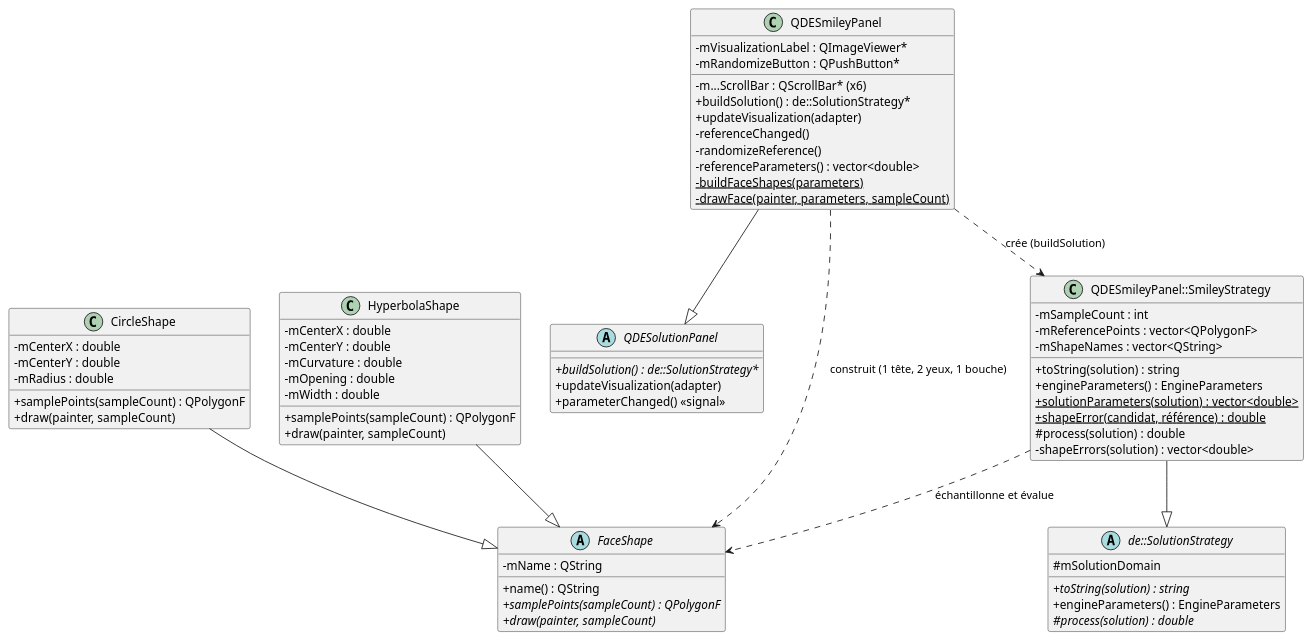
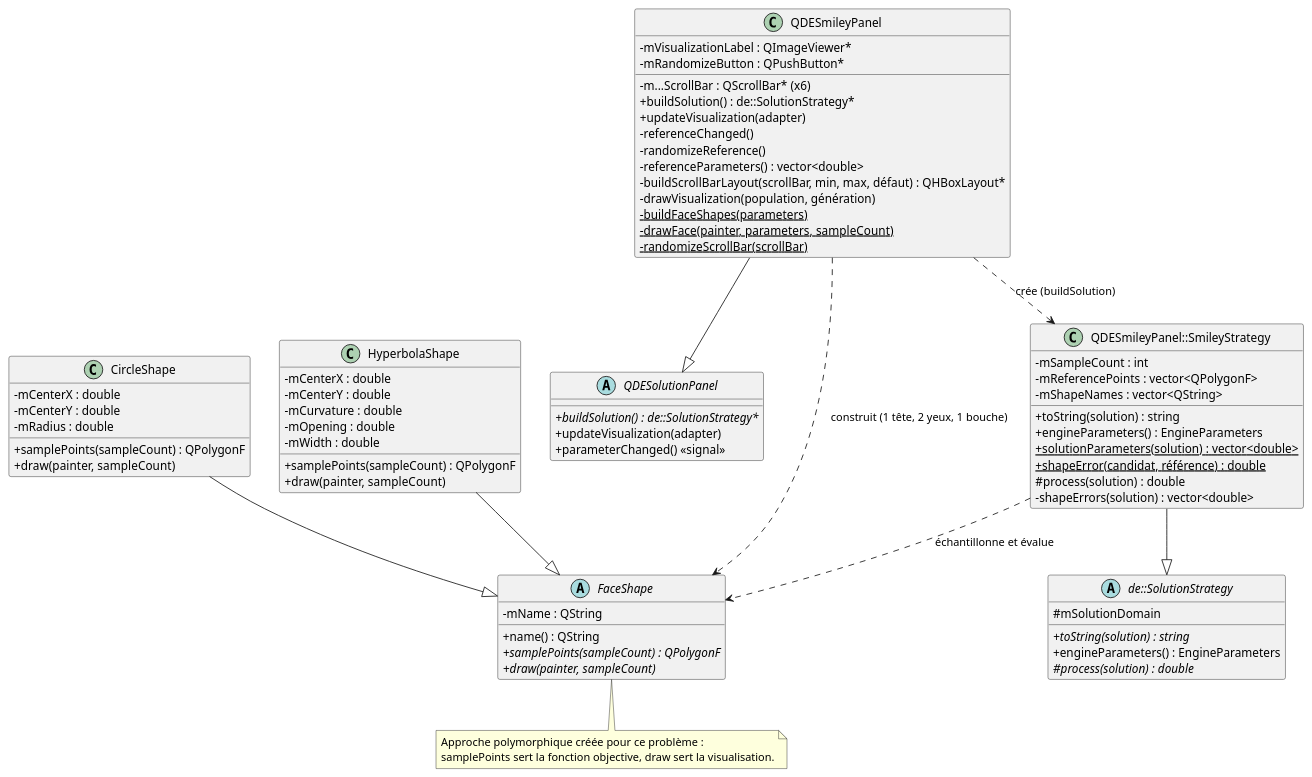
The third of 3 diagrams in rapport.md (ahsadek/GPA434-LAB03), drawn with PlantUML before and after one commit. The commit also changed other lines of this file and 1 other file, not shown here.

````diff
--- a/rapport.md
+++ b/rapport.md
@@ -293,77 +252,82 @@
 ```plantuml
 @startuml
 skinparam classAttributeIconSize 0
 
 abstract class "de::SolutionStrategy" as SolutionStrategy {
   #mSolutionDomain
   +{abstract} toString(solution) : string
   +engineParameters() : EngineParameters
   #{abstract} process(solution) : double
 }
 
 abstract class QDESolutionPanel {
   +{abstract} buildSolution() : de::SolutionStrategy*
   +updateVisualization(adapter)
   +parameterChanged() <<signal>>
 }
 
 abstract class FaceShape {
   -mName : QString
   +name() : QString
   +{abstract} samplePoints(sampleCount) : QPolygonF
   +{abstract} draw(painter, sampleCount)
 }
 
 class CircleShape {
   -mCenterX : double
   -mCenterY : double
   -mRadius : double
   +samplePoints(sampleCount) : QPolygonF
   +draw(painter, sampleCount)
 }
 
 class HyperbolaShape {
   -mCenterX : double
   -mCenterY : double
   -mCurvature : double
   -mOpening : double
   -mWidth : double
   +samplePoints(sampleCount) : QPolygonF
   +draw(painter, sampleCount)
 }
 
 class QDESmileyPanel {
   -mVisualizationLabel : QImageViewer*
   -m...ScrollBar : QScrollBar* (x6)
   -mRandomizeButton : QPushButton*
   +buildSolution() : de::SolutionStrategy*
   +updateVisualization(adapter)
   -referenceChanged()
   -randomizeReference()
   -referenceParameters() : vector<double>
+  -buildScrollBarLayout(scrollBar, min, max, défaut) : QHBoxLayout*
+  -drawVisualization(population, génération)
   -{static} buildFaceShapes(parameters)
   -{static} drawFace(painter, parameters, sampleCount)
+  -{static} randomizeScrollBar(scrollBar)
 }
 
 class "QDESmileyPanel::SmileyStrategy" as SmileyStrategy {
   -mSampleCount : int
   -mReferencePoints : vector<QPolygonF>
   -mShapeNames : vector<QString>
   +toString(solution) : string
   +engineParameters() : EngineParameters
   +{static} solutionParameters(solution) : vector<double>
   +{static} shapeError(candidat, référence) : double
   #process(solution) : double
   -shapeErrors(solution) : vector<double>
 }
 
 QDESmileyPanel --|> QDESolutionPanel
 SmileyStrategy --|> SolutionStrategy
 CircleShape --|> FaceShape
 HyperbolaShape --|> FaceShape
 
 QDESmileyPanel ..> SmileyStrategy : crée (buildSolution)
 QDESmileyPanel ..> FaceShape : construit (1 tête, 2 yeux, 1 bouche)
 SmileyStrategy ..> FaceShape : échantillonne et évalue
+
+note bottom of FaceShape : Approche polymorphique créée pour ce problème :\nsamplePoints sert la fonction objective, draw sert la visualisation.
 @enduml
 ```
````
